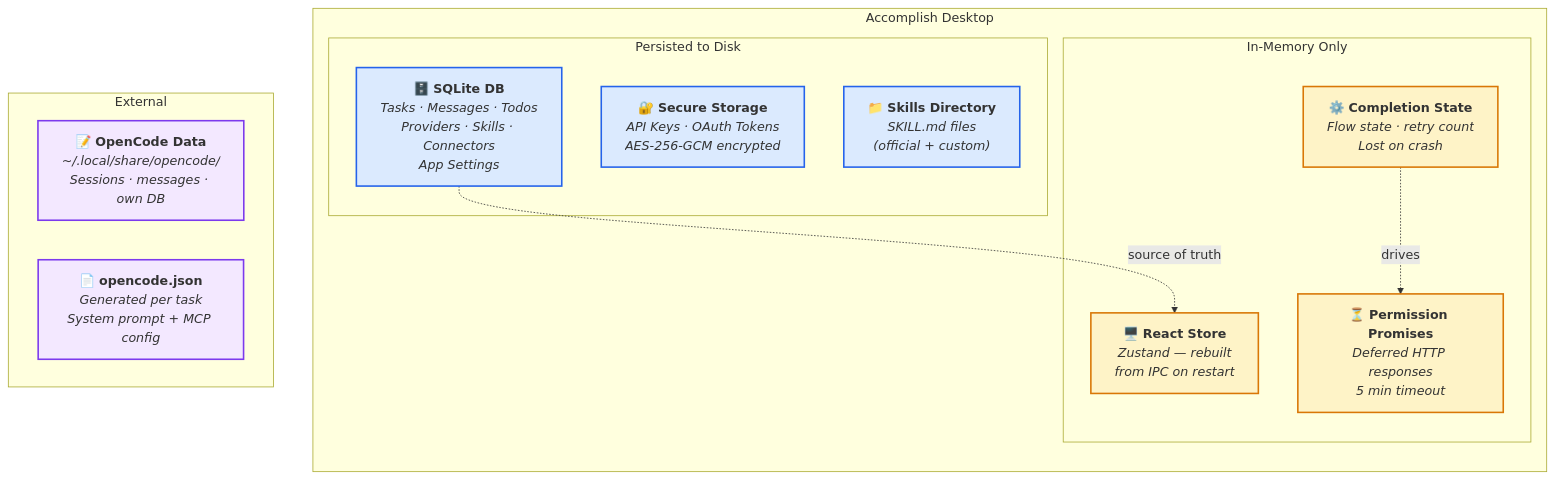
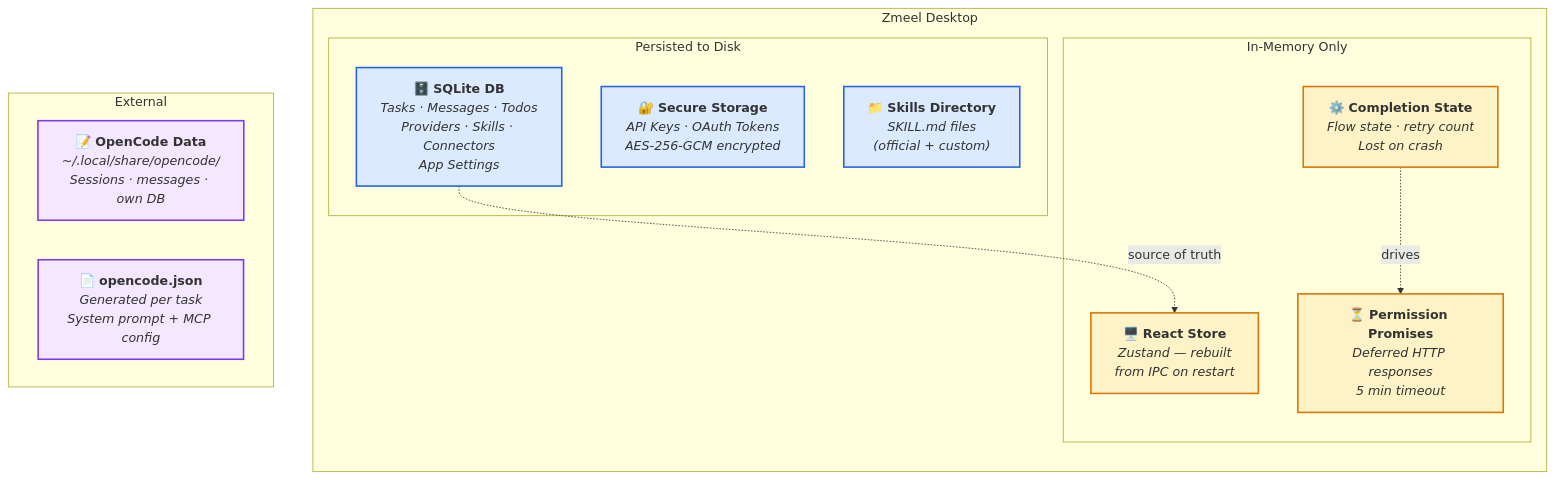
One commit to samskipsai/zmeelv60 changed the first of 6 diagrams in docs/information-viewpoint-slides.md. Above: the diagram before and after it, drawn with Mermaid. The commit also changed 520 other files, not shown here.

First line of the commit message:
rebrand: Accomplish -> Zmeel Desktop

````diff
--- a/docs/information-viewpoint-slides.md
+++ b/docs/information-viewpoint-slides.md
@@ -10,33 +10,33 @@
 ```mermaid
 graph TB
-  subgraph APP["Accomplish Desktop"]
+  subgraph APP["Zmeel Desktop"]
     direction TB
     subgraph PERSIST["Persisted to Disk"]
       DB["🗄️ <b>SQLite DB</b><br/><i>Tasks · Messages · Todos<br/>Providers · Skills · Connectors<br/>App Settings</i>"]
       SEC["🔐 <b>Secure Storage</b><br/><i>API Keys · OAuth Tokens<br/>AES-256-GCM encrypted</i>"]
       SKILLS_FS["📁 <b>Skills Directory</b><br/><i>SKILL.md files<br/>(official + custom)</i>"]
     end
 
     subgraph EPHEMERAL["In-Memory Only"]
       CE["⚙️ <b>Completion State</b><br/><i>Flow state · retry count<br/>Lost on crash</i>"]
       PERM["⏳ <b>Permission Promises</b><br/><i>Deferred HTTP responses<br/>5 min timeout</i>"]
       UI_STATE["🖥️ <b>React Store</b><br/><i>Zustand — rebuilt<br/>from IPC on restart</i>"]
     end
   end
 
   subgraph EXTERNAL["External"]
     OC_SESS["📝 <b>OpenCode Data</b><br/><i>~/.local/share/opencode/<br/>Sessions · messages · own DB</i>"]
     CONFIG["📄 <b>opencode.json</b><br/><i>Generated per task<br/>System prompt + MCP config</i>"]
   end
 
   DB -.->|"source of truth"| UI_STATE
   CE -.->|"drives"| PERM
 
   classDef persist fill:#dbeafe,stroke:#2563eb,stroke-width:2px
   classDef ephemeral fill:#fef3c7,stroke:#d97706,stroke-width:2px
   classDef ext fill:#f3e8ff,stroke:#7c3aed,stroke-width:2px
 
   class DB,SEC,SKILLS_FS persist
   class CE,PERM,UI_STATE ephemeral
   class OC_SESS,CONFIG ext
 ```
````
